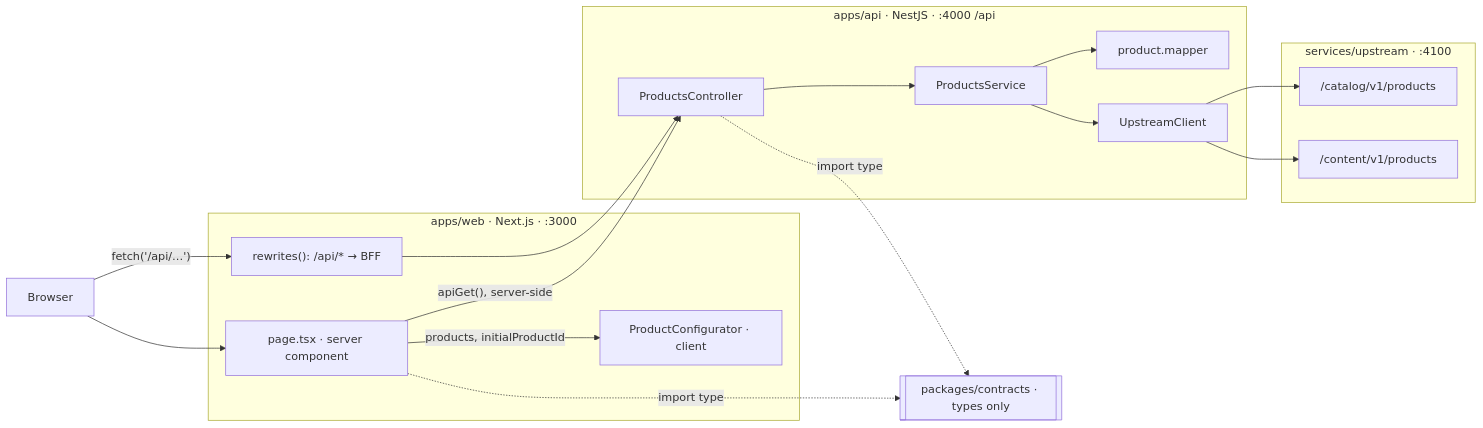
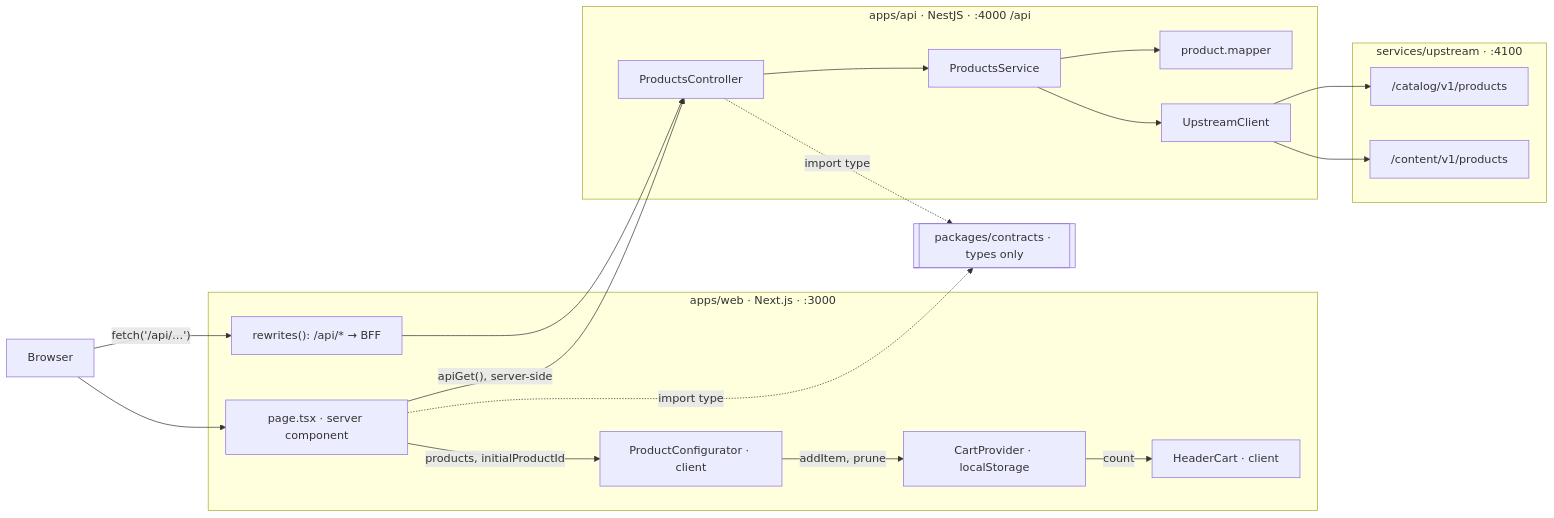
One commit to cmurillo08gap/saatva-take-home changed the diagram in docs/architecture.md. Above: the diagram before and after it, drawn with Mermaid. The commit also changed other lines of this file and 11 other files, not shown here.

````diff
--- a/docs/architecture.md
+++ b/docs/architecture.md
@@ -5,30 +5,34 @@
 ```mermaid
 flowchart LR
   B[Browser]
   subgraph web["apps/web · Next.js · :3000"]
     RSC["page.tsx · server component"]
     PCF["ProductConfigurator · client"]
+    CP["CartProvider · localStorage"]
+    HC["HeaderCart · client"]
     RW["rewrites(): /api/* → BFF"]
   end
   subgraph api["apps/api · NestJS · :4000 /api"]
     PC["ProductsController"]
     PS[ProductsService]
     PM["product.mapper"]
     UC[UpstreamClient]
   end
   subgraph up["services/upstream · :4100"]
     CAT["/catalog/v1/products"]
     CON["/content/v1/products"]
   end
   CT[["packages/contracts · types only"]]
   B --> RSC
   RSC -->|"products, initialProductId"| PCF
+  PCF -->|"addItem, prune"| CP
+  CP -->|"count"| HC
   B -->|"fetch('/api/…')"| RW --> PC
   RSC -->|"apiGet(), server-side"| PC
   PC --> PS --> UC
   PS --> PM
   UC --> CAT
   UC --> CON
   PC -.->|"import type"| CT
   RSC -.->|"import type"| CT
 ```
````
